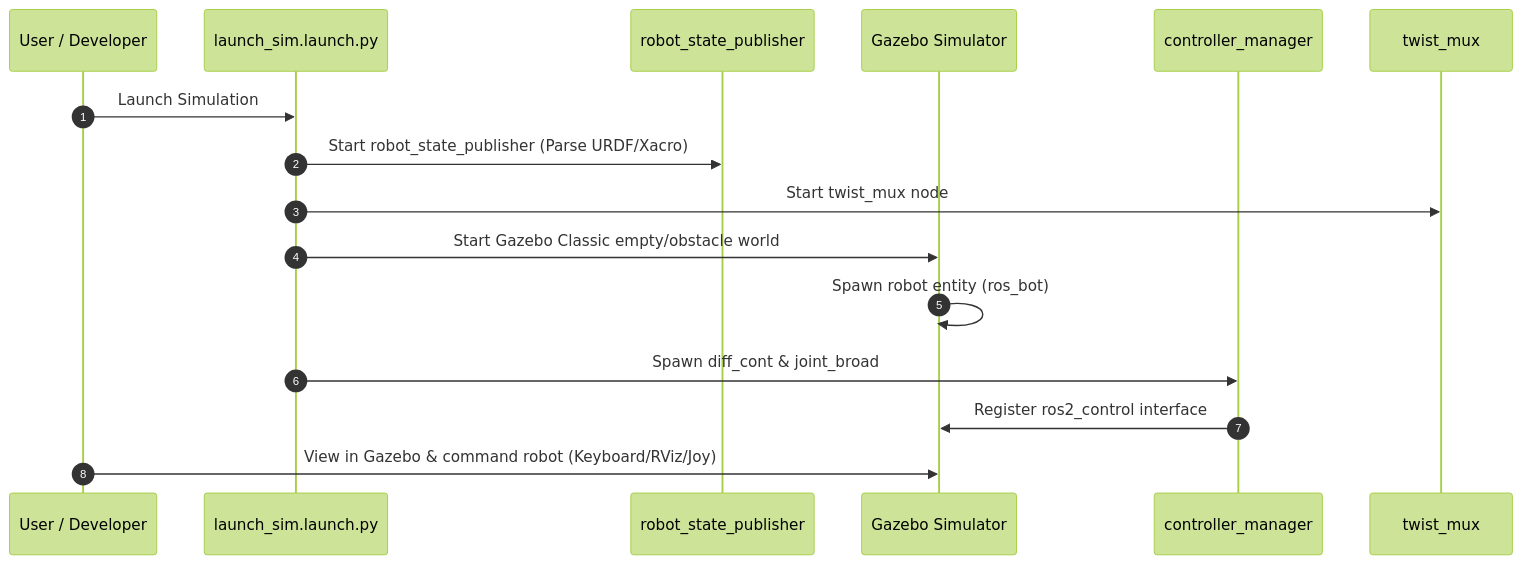
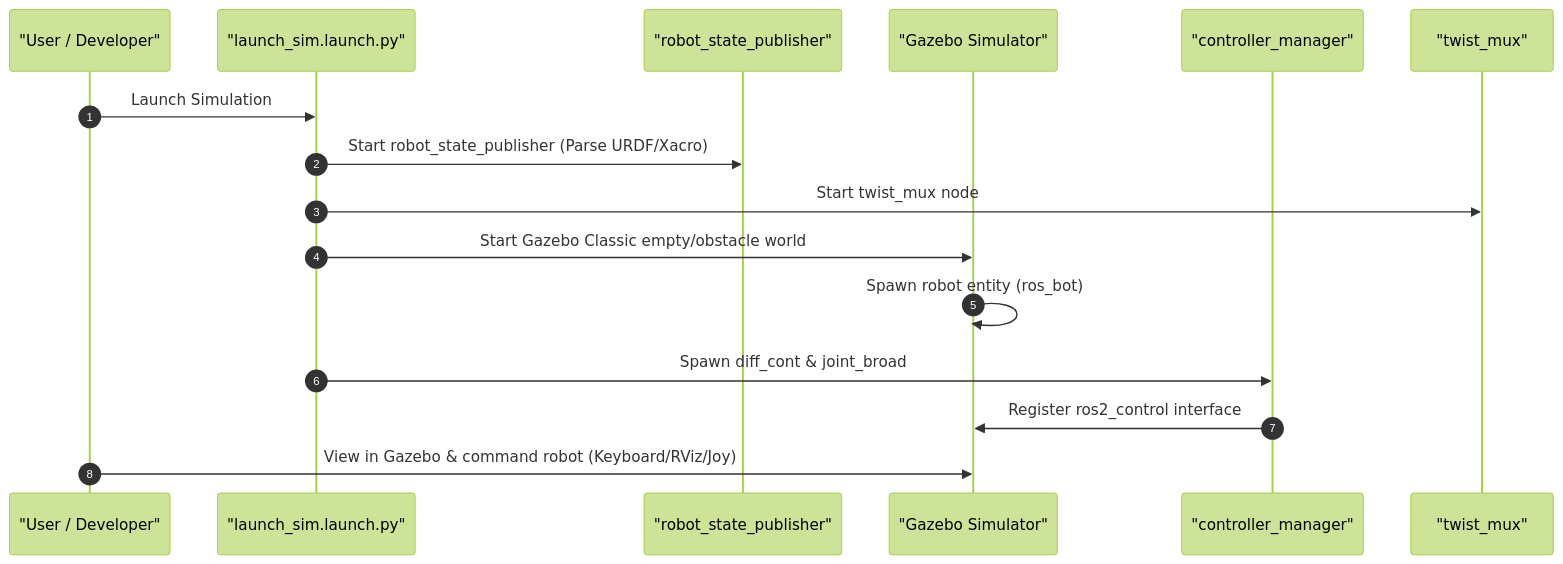
Before and after one commit to Sanjay-Mathivanan/Autonomous-Vehicles-with-V2V-Communication-for-Cooperative-Driving: the second of 6 diagrams in README.md, drawn with Mermaid (forest theme). The commit also changed other lines of this file, not shown here.

Commit message:
Fix Mermaid diagram syntax in README.md

````diff
--- a/README.md
+++ b/README.md
@@ -294,19 +294,19 @@
 ```mermaid
 sequenceDiagram
     autonumber
-    participant User as User / Developer
-    participant Launch as launch_sim.launch.py
-    participant RSP as robot_state_publisher
-    participant GZ as Gazebo Simulator
-    participant CM as controller_manager
-    participant TM as twist_mux
+    participant User as "User / Developer"
+    participant Launch as "launch_sim.launch.py"
+    participant RSP as "robot_state_publisher"
+    participant GZ as "Gazebo Simulator"
+    participant CM as "controller_manager"
+    participant TM as "twist_mux"
 
     User->>Launch: Launch Simulation
     Launch->>RSP: Start robot_state_publisher (Parse URDF/Xacro)
     Launch->>TM: Start twist_mux node
     Launch->>GZ: Start Gazebo Classic empty/obstacle world
     GZ->>GZ: Spawn robot entity (ros_bot)
     Launch->>CM: Spawn diff_cont & joint_broad
     CM->>GZ: Register ros2_control interface
     User->>GZ: View in Gazebo & command robot (Keyboard/RViz/Joy)
 ```
````
